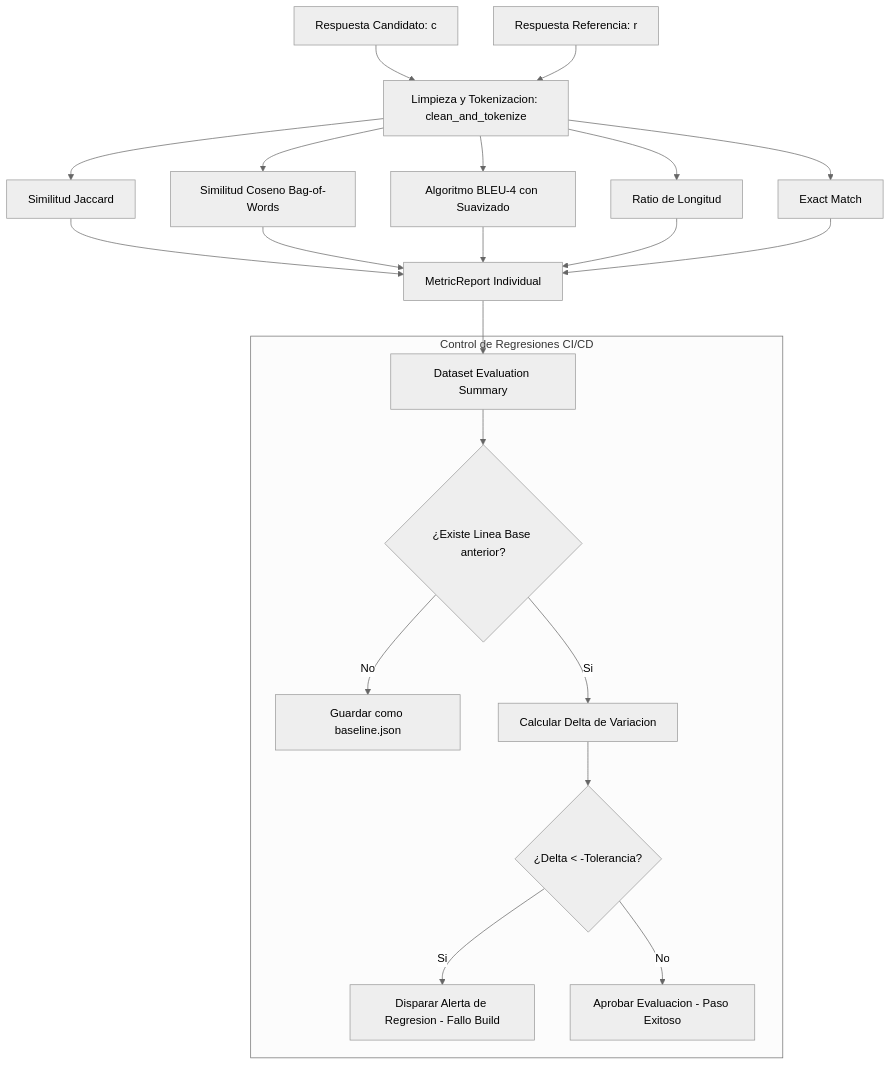
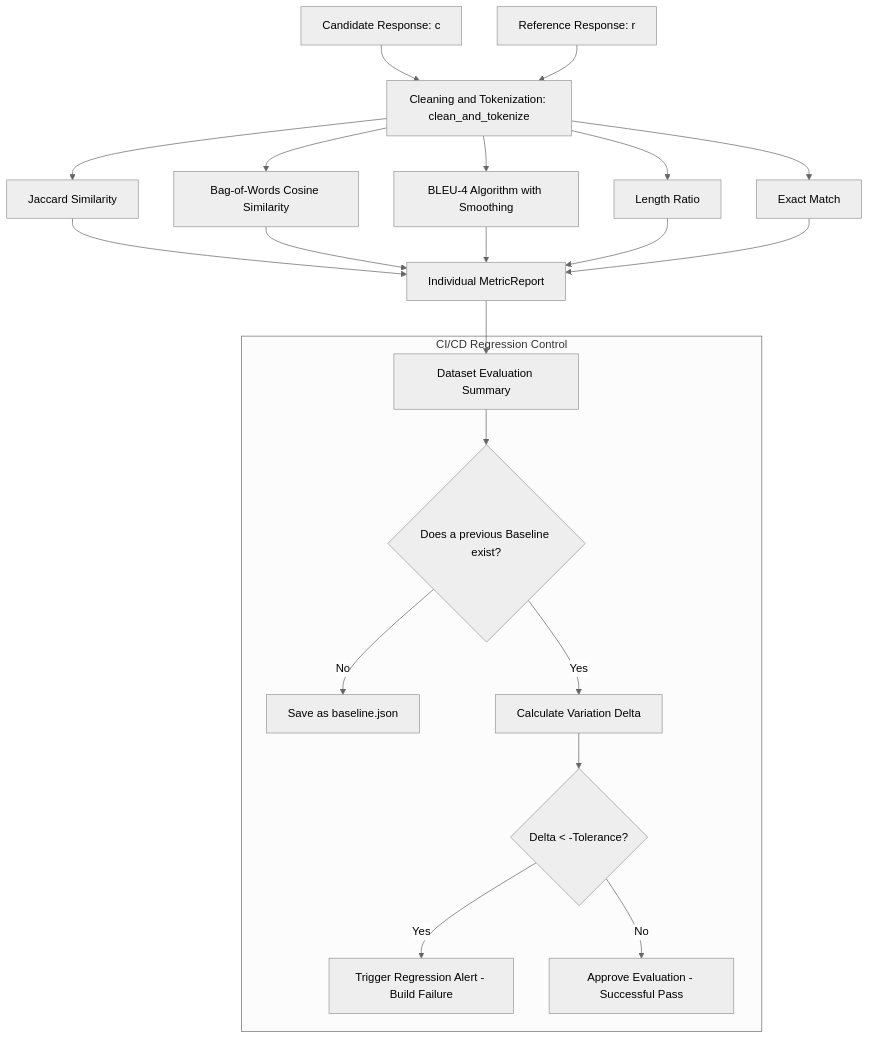
Before and after one commit to juanmmm21/llm-eval-harness: the diagram in README.md, drawn with Mermaid (neutral theme). The commit also changed other lines of this file, not shown here.

````diff
--- a/README.md
+++ b/README.md
@@ -11,24 +11,24 @@
 ```mermaid
 flowchart TD
-    Candidate[Respuesta Candidato: c] --> Clean[Limpieza y Tokenizacion: clean_and_tokenize]
-    Reference[Respuesta Referencia: r] --> Clean
+    Candidate[Candidate Response: c] --> Clean[Cleaning and Tokenization: clean_and_tokenize]
+    Reference[Reference Response: r] --> Clean
     
-    Clean --> JaccardAlg[Similitud Jaccard]
-    Clean --> CosineAlg[Similitud Coseno Bag-of-Words]
-    Clean --> BLEUAlg[Algoritmo BLEU-4 con Suavizado]
-    Clean --> RatioAlg[Ratio de Longitud]
+    Clean --> JaccardAlg[Jaccard Similarity]
+    Clean --> CosineAlg[Bag-of-Words Cosine Similarity]
+    Clean --> BLEUAlg[BLEU-4 Algorithm with Smoothing]
+    Clean --> RatioAlg[Length Ratio]
     Clean --> EMAlg[Exact Match]
     
-    JaccardAlg & CosineAlg & BLEUAlg & RatioAlg & EMAlg --> MetricReport[MetricReport Individual]
+    JaccardAlg & CosineAlg & BLEUAlg & RatioAlg & EMAlg --> MetricReport[Individual MetricReport]
     
     MetricReport --> Aggregator[Dataset Evaluation Summary]
     
-    subgraph Control de Regresiones CI/CD
-        Aggregator --> BaselineComp{¿Existe Linea Base anterior?}
-        BaselineComp -->|No| SaveBaseline[Guardar como baseline.json]
-        BaselineComp -->|Si| CompareMetrics[Calcular Delta de Variacion]
-        CompareMetrics --> RegressionCheck{¿Delta < -Tolerancia?}
-        RegressionCheck -->|Si| Alarm[Disparar Alerta de Regresion - Fallo Build]
-        RegressionCheck -->|No| Success[Aprobar Evaluacion - Paso Exitoso]
+    subgraph CI/CD Regression Control
+        Aggregator --> BaselineComp{Does a previous Baseline exist?}
+        BaselineComp -->|No| SaveBaseline[Save as baseline.json]
+        BaselineComp -->|Yes| CompareMetrics[Calculate Variation Delta]
+        CompareMetrics --> RegressionCheck{Delta < -Tolerance?}
+        RegressionCheck -->|Yes| Alarm[Trigger Regression Alert - Build Failure]
+        RegressionCheck -->|No| Success[Approve Evaluation - Successful Pass]
     end
 ```
````
